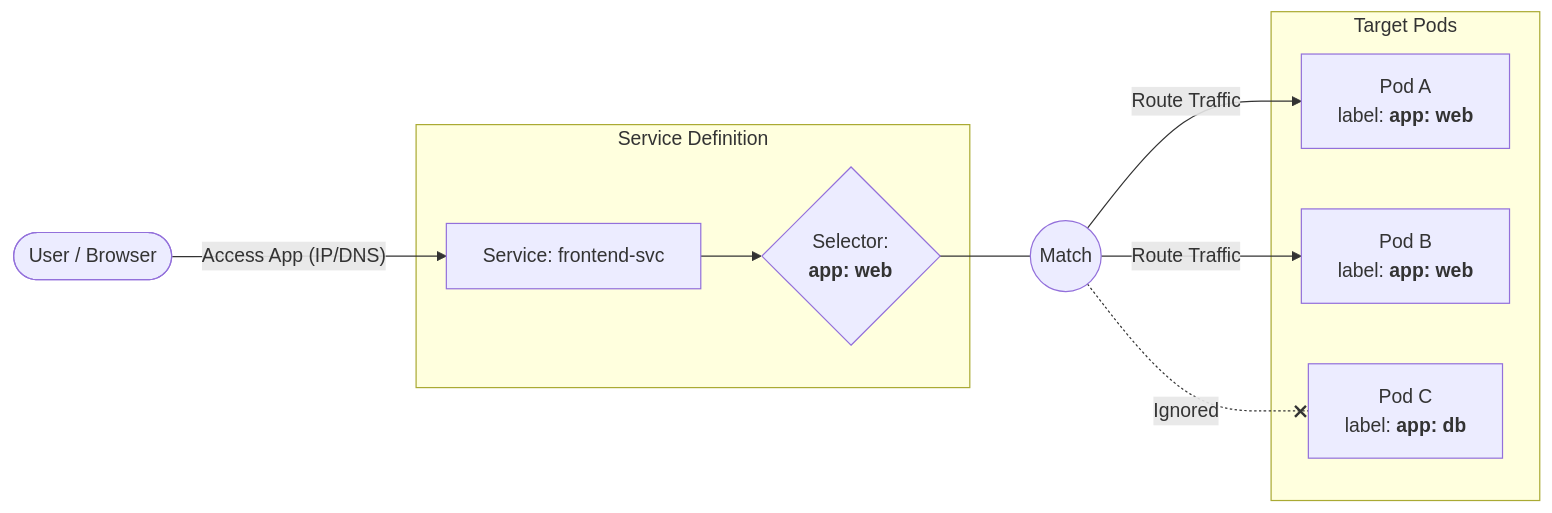
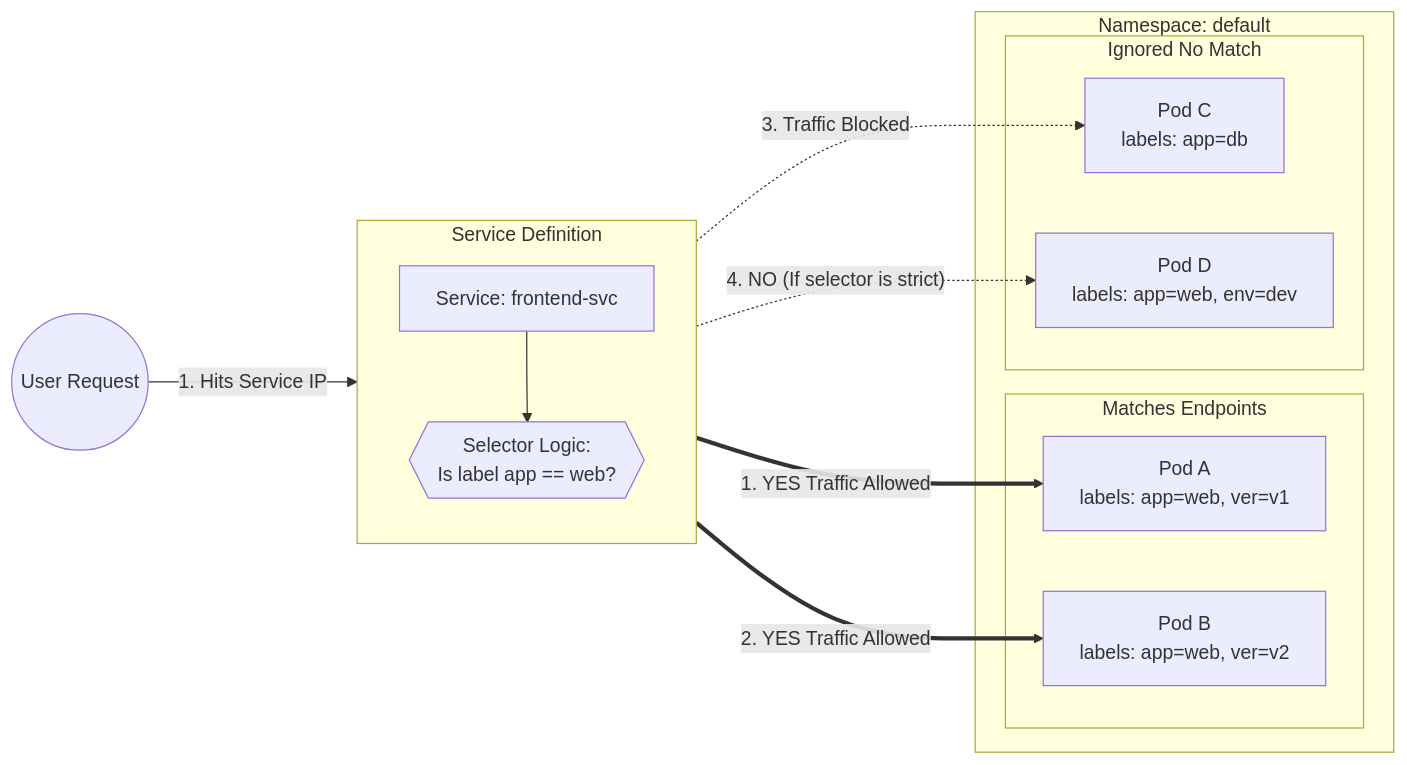
One commit to Aravind-devops-1/devops_ganesh changed the first of 9 diagrams in 04-networking/04.01-Networking_Intro.md. Above: the diagram before and after it, drawn with Mermaid.

````diff
--- a/04-networking/04.01-Networking_Intro.md
+++ b/04-networking/04.01-Networking_Intro.md
@@ -19,27 +19,38 @@
 ```mermaid
+graph LR
+    %% 1. The Request
+    User((User Request)) -- "1. Hits Service IP" --> SVC
 
-graph LR
-    %% New Entry Point
-    User([User / Browser]) -- "Access App (IP/DNS)" --> SVC
-
-    subgraph Service_Def [Service Definition]
+    subgraph ServiceLayer [Service Definition]
+        direction TB
         SVC[Service: frontend-svc]
-        SEL{Selector: <br/><b>app: web</b>}
+        SEL{{"Selector Logic: <br/> Is label app == web?"}}
     end
 
-    subgraph Pod_Pool [Target Pods]
-        P1["Pod A<br/>label: <b>app: web</b>"]
-        P2["Pod B<br/>label: <b>app: web</b>"]
-        P3["Pod C<br/>label: <b>app: db</b>"]
+    subgraph ClusterNamespace [Namespace: default]
+        
+        %% 2. The Matching Candidates
+        subgraph ValidPods [Matches Endpoints]
+            P1[Pod A <br/> labels: app=web, ver=v1]
+            P2[Pod B <br/> labels: app=web, ver=v2]
+        end
+
+        %% 3. The Non-Matching Candidates
+        subgraph InvalidPods [Ignored No Match]
+            P3[Pod C <br/> labels: app=db]
+            P4[Pod D <br/> labels: app=web, env=dev] 
+        end
     end
 
     %% Logic Flow
     SVC --> SEL
-    SEL --- Match((Match))
     
-    %% Connections based on Label matching
-    Match -->|Route Traffic| P1
-    Match -->|Route Traffic| P2
-    Match -.-x|Ignored| P3
-
+    %% The "Watch Loop"
+    SEL == "1. YES Traffic Allowed" ==> P1
+    SEL == "2. YES Traffic Allowed" ==> P2
+    
+    SEL -.->|3. Traffic Blocked| P3
+    
+    %% Note on Partial Matches (Advanced Concept)
+    SEL -.->|"4. NO (If selector is strict)"| P4
 ```
````
